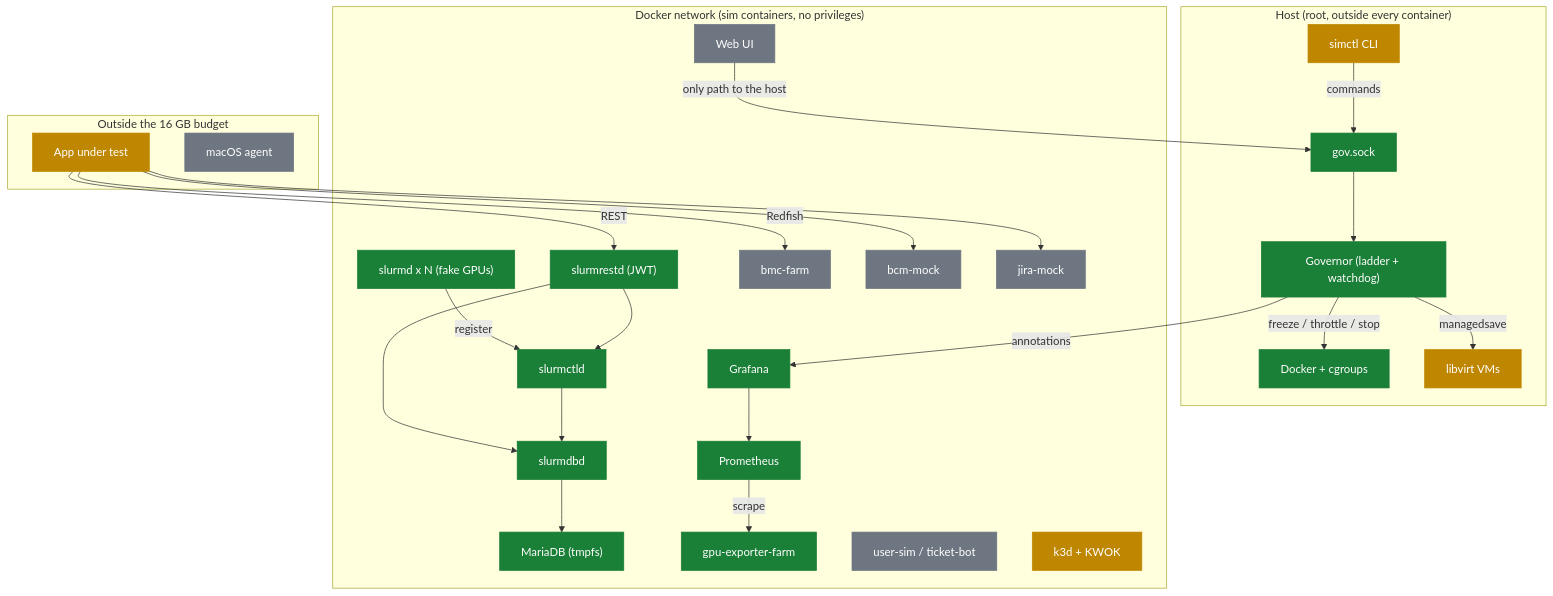
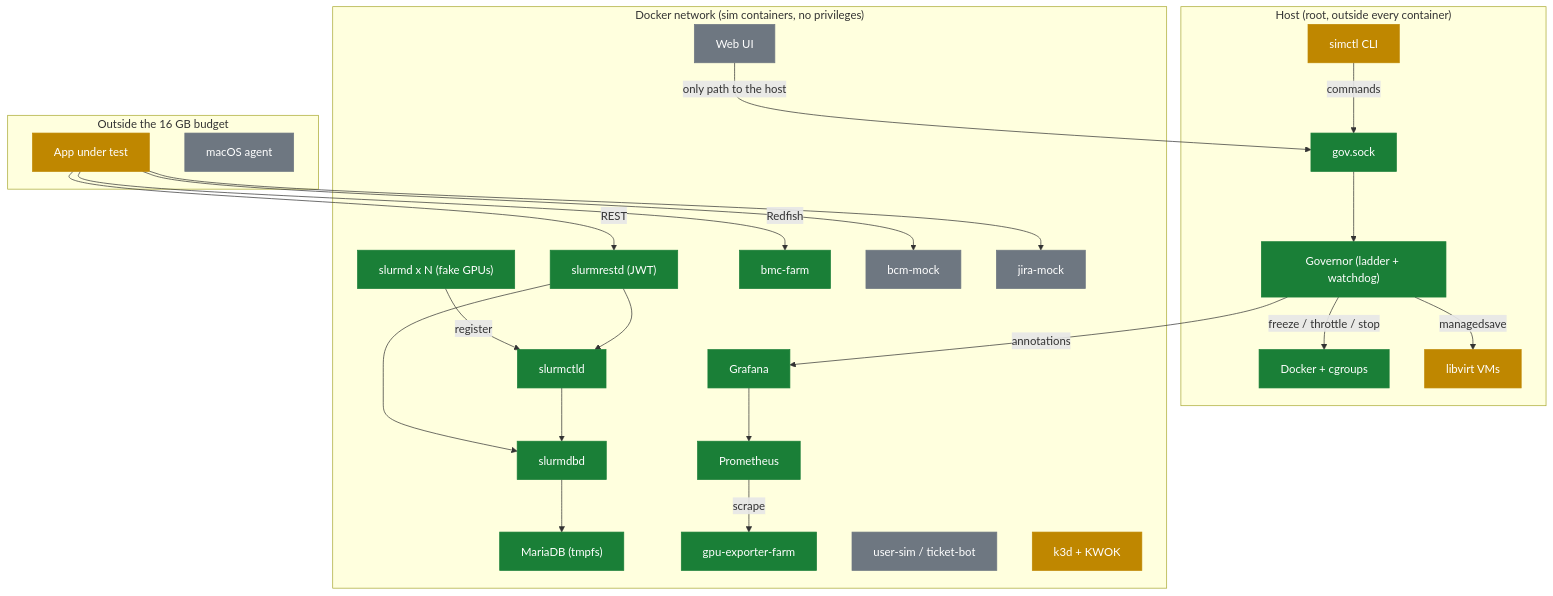
Before and after one commit to AhmedYousriSobhi/workbench: the second of 2 diagrams in docs/PROGRESS.md, drawn with Mermaid. The commit also changed other lines of this file and 12 other files, not shown here.

First line of the commit message:
feat: bmc-farm Redfish mock, getting-started guide, governor install script (#49, #50, #51)

````diff
--- a/docs/PROGRESS.md
+++ b/docs/PROGRESS.md
@@ -32,51 +32,51 @@
 ```mermaid
 flowchart TB
     subgraph host["Host (root, outside every container)"]
         simctl["simctl CLI"]:::partial
         gov["Governor (ladder + watchdog)"]:::done
         sock["gov.sock"]:::done
         docker["Docker + cgroups"]:::done
         libvirt["libvirt VMs"]:::partial
     end
     subgraph net["Docker network (sim containers, no privileges)"]
         ctld["slurmctld"]:::done
         slurmd["slurmd x N (fake GPUs)"]:::done
         restd["slurmrestd (JWT)"]:::done
         dbd["slurmdbd"]:::done
         maria["MariaDB (tmpfs)"]:::done
         prom["Prometheus"]:::done
         graf["Grafana"]:::done
         gpux["gpu-exporter-farm"]:::done
-        bmc["bmc-farm"]:::todo
+        bmc["bmc-farm"]:::done
         bcm["bcm-mock"]:::todo
         jira["jira-mock"]:::todo
         users["user-sim / ticket-bot"]:::todo
         k8s["k3d + KWOK"]:::partial
         webui["Web UI"]:::todo
     end
     subgraph ext["Outside the 16 GB budget"]
         app["App under test"]:::partial
         mac["macOS agent"]:::todo
     end
     simctl -->|"commands"| sock
     sock --> gov
     gov -->|"freeze / throttle / stop"| docker
     gov -->|"managedsave"| libvirt
     gov -->|"annotations"| graf
     slurmd -->|"register"| ctld
     restd --> ctld
     restd --> dbd
     ctld --> dbd
     dbd --> maria
     prom -->|"scrape"| gpux
     graf --> prom
     webui -->|"only path to the host"| sock
     app -->|"REST"| restd
     app -->|"Redfish"| bmc
     app --> bcm
     app --> jira
     classDef done fill:#1a7f37,stroke:#1a7f37,color:#fff
     classDef review fill:#0969da,stroke:#0969da,color:#fff
     classDef partial fill:#bf8700,stroke:#bf8700,color:#fff
     classDef todo fill:#6e7781,stroke:#6e7781,color:#fff
 ```
````
